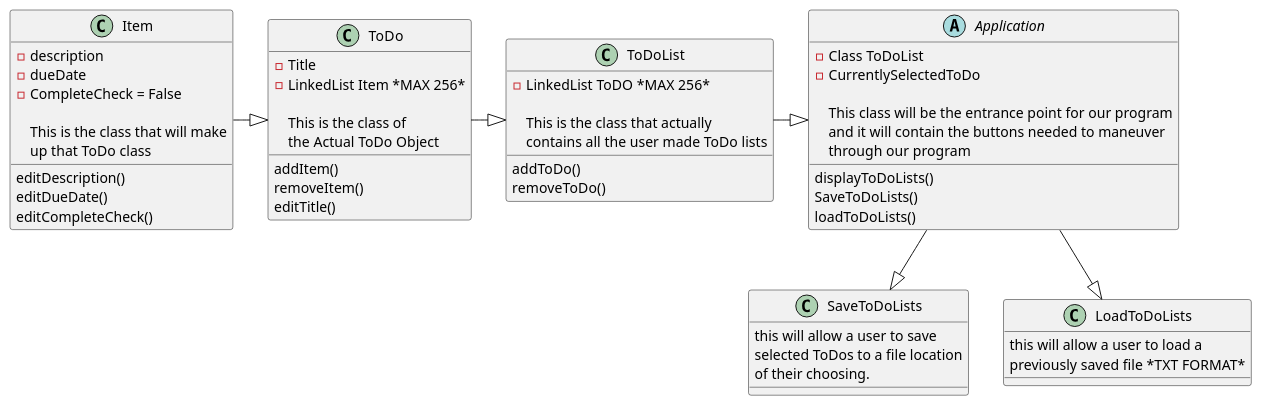
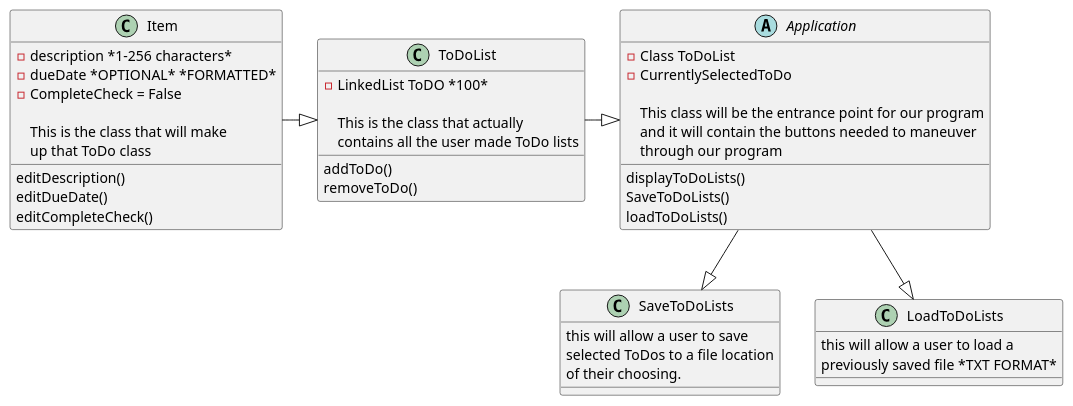
The diagram in Application/Docs/Application.puml (JOLeary5/OLeary-app1-), drawn with PlantUML before and after one commit. The commit also changed 31 other files, not shown here.

```diff
--- a/Application/Docs/Application.puml
+++ b/Application/Docs/Application.puml
@@ -1,69 +1,57 @@
 @startuml
 'https://plantuml.com/class-diagram
 abstract class Item
-abstract class ToDo
+
 ToDoList -|> Application
-ToDo -|> ToDoList
-Item -|> ToDo
+Item -|> ToDoList
 
 Application --|> SaveToDoLists
 Application --|> LoadToDoLists
 class Item{
-- description
-- dueDate
+- description *1-256 characters*
+- dueDate *OPTIONAL* *FORMATTED*
 - CompleteCheck = False
 
 This is the class that will make
 up that ToDo class
 editDescription()
 editDueDate()
 editCompleteCheck()
 }
 
-class ToDo{
--Title
--LinkedList Item *MAX 256*
-
-This is the class of
-the Actual ToDo Object
-
-addItem()
-removeItem()
-editTitle()
-}
 
 class ToDoList{
--LinkedList ToDO *MAX 256*
+-LinkedList ToDO *100*
 
 This is the class that actually
 contains all the user made ToDo lists
 addToDo()
 removeToDo()
 }
 
 abstract class Application {
  - Class ToDoList
  - CurrentlySelectedToDo
 
  This class will be the entrance point for our program
  and it will contain the buttons needed to maneuver
  through our program
 
 
  displayToDoLists()
  SaveToDoLists()
  loadToDoLists()
  }
 
  class SaveToDoLists{
  this will allow a user to save
  selected ToDos to a file location
  of their choosing.
  }
 
  class LoadToDoLists{
  this will allow a user to load a
  previously saved file *TXT FORMAT*
 
  }
  @enduml
```
